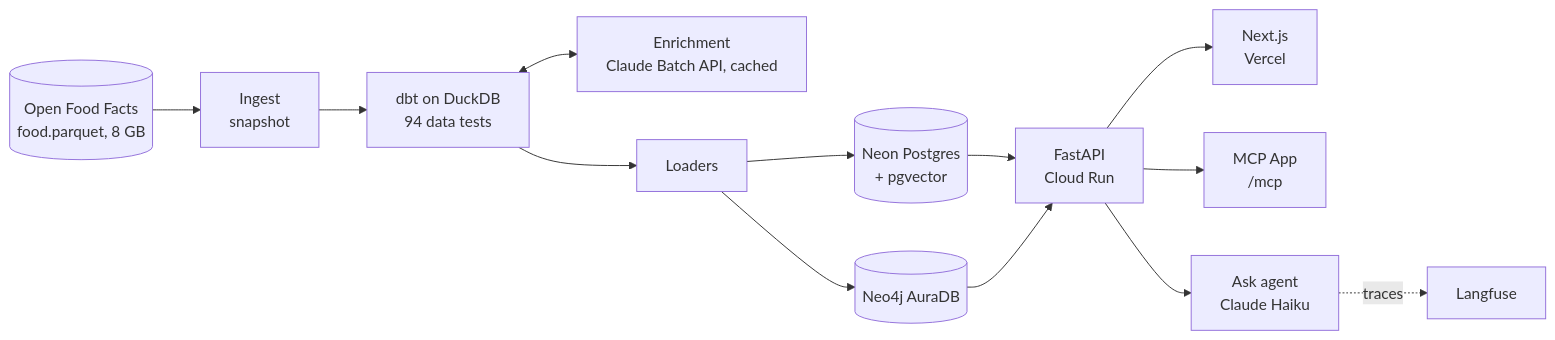
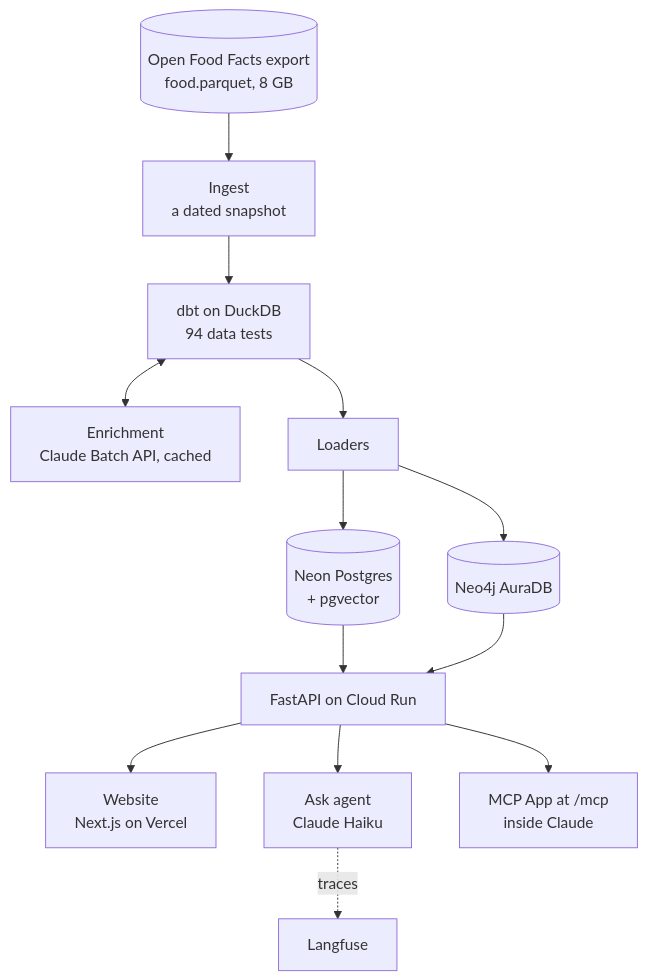
The diagram in README.md (adikan2k/labellens), drawn with Mermaid before and after one commit. The commit also changed other lines of this file and 6 other files, not shown here.

First line of the commit message:
README: who built it, the four-day timeline, where I overruled Claude Code; MIT licence (#41)

````diff
--- a/README.md
+++ b/README.md
@@ -103,15 +107,26 @@
 ```mermaid
-flowchart LR
-    OFF[("Open Food Facts<br/>food.parquet, 8 GB")] --> ING["Ingest<br/>snapshot"]
-    ING --> DBT["dbt on DuckDB<br/>94 data tests"]
-    DBT <--> ENR["Enrichment<br/>Claude Batch API, cached"]
-    DBT --> LOAD["Loaders"]
-    LOAD --> PG[("Neon Postgres<br/>+ pgvector")]
-    LOAD --> NEO[("Neo4j AuraDB")]
-    PG --> API["FastAPI<br/>Cloud Run"]
+flowchart TB
+    OFF[("Open Food Facts export<br/>food.parquet, 8 GB")]
+    ING["Ingest<br/>a dated snapshot"]
+    DBT["dbt on DuckDB<br/>94 data tests"]
+    ENR["Enrichment<br/>Claude Batch API, cached"]
+    LOAD["Loaders"]
+    PG[("Neon Postgres<br/>+ pgvector")]
+    NEO[("Neo4j AuraDB")]
+    API["FastAPI on Cloud Run"]
+    WEB["Website<br/>Next.js on Vercel"]
+    ASK["Ask agent<br/>Claude Haiku"]
+    MCP["MCP App at /mcp<br/>inside Claude"]
+    LF["Langfuse"]
+
+    OFF --> ING --> DBT --> LOAD
+    DBT <--> ENR
+    LOAD --> PG
+    LOAD --> NEO
+    PG --> API
     NEO --> API
-    API --> WEB["Next.js<br/>Vercel"]
-    API --> MCP["MCP App<br/>/mcp"]
-    API --> ASK["Ask agent<br/>Claude Haiku"]
-    ASK -.traces.-> LF["Langfuse"]
+    API --> WEB
+    API --> ASK
+    API --> MCP
+    ASK -.traces.-> LF
 ```
````
